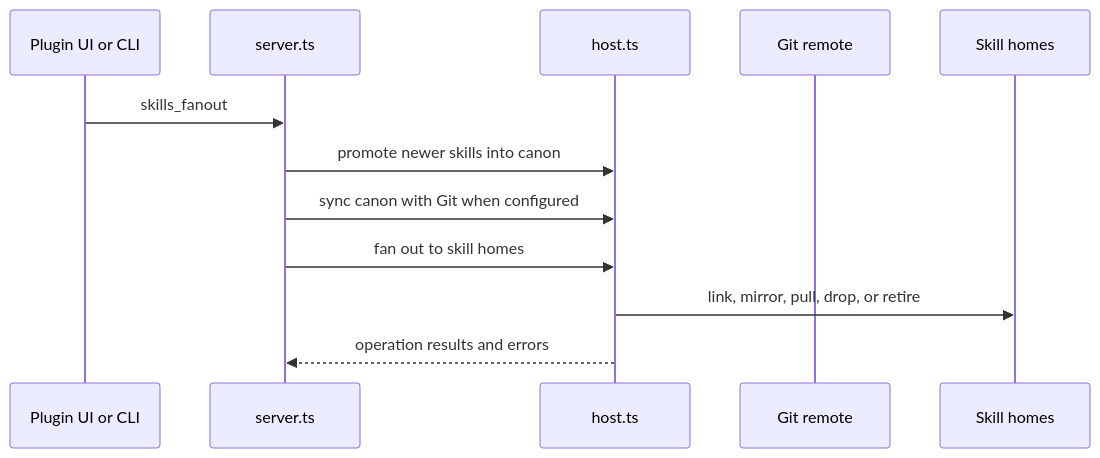
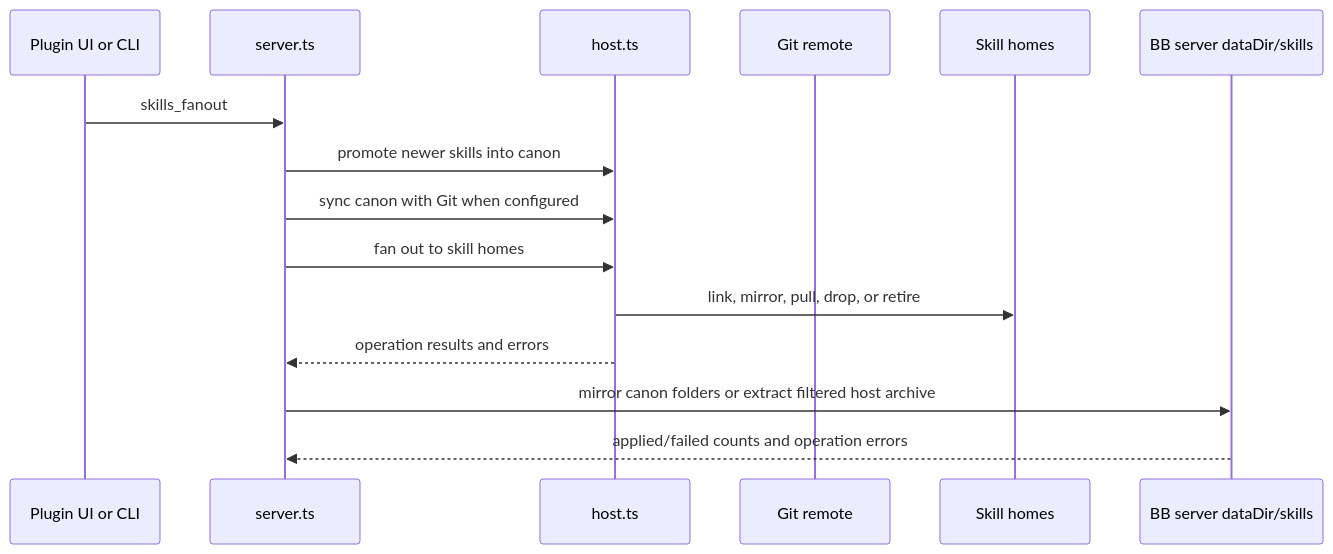
One commit to VKirill/bb-plugin-agent-tools changed the fifth of 5 diagrams in docs/architecture.md. Above: the diagram before and after it, drawn with Mermaid. The commit also changed other lines of this file and 11 other files, not shown here.

````diff
--- a/docs/architecture.md
+++ b/docs/architecture.md
@@ -116,14 +121,17 @@
 ```mermaid
 sequenceDiagram
   participant UI as Plugin UI or CLI
   participant S as server.ts
   participant H as host.ts
   participant G as Git remote
   participant D as Skill homes
+  participant B as BB server dataDir/skills
   UI->>S: skills_fanout
   S->>H: promote newer skills into canon
   S->>H: sync canon with Git when configured
   S->>H: fan out to skill homes
   H->>D: link, mirror, pull, drop, or retire
   H-->>S: operation results and errors
+  S->>B: mirror canon folders or extract filtered host archive
+  B-->>S: applied/failed counts and operation errors
 ```
````
